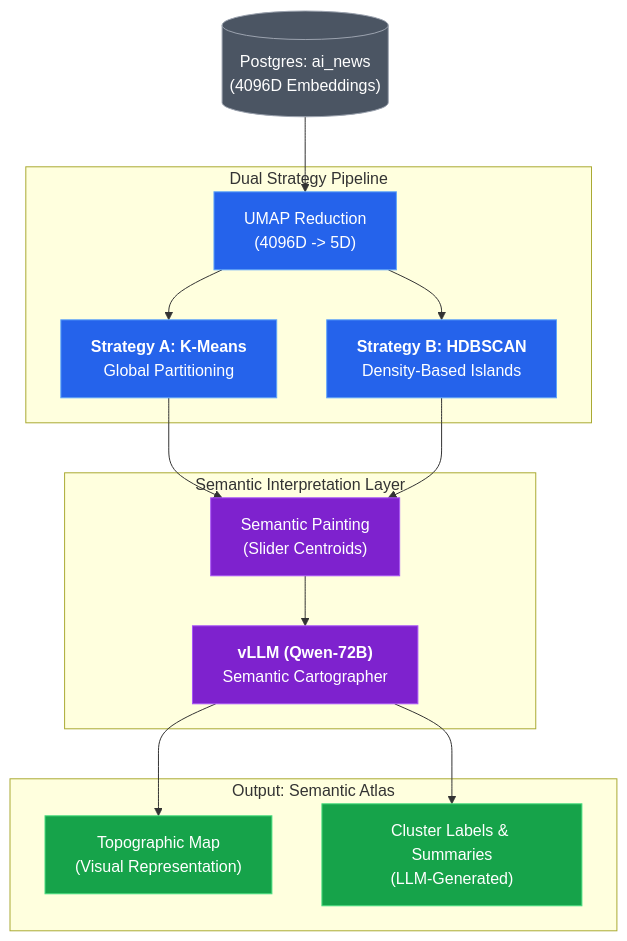
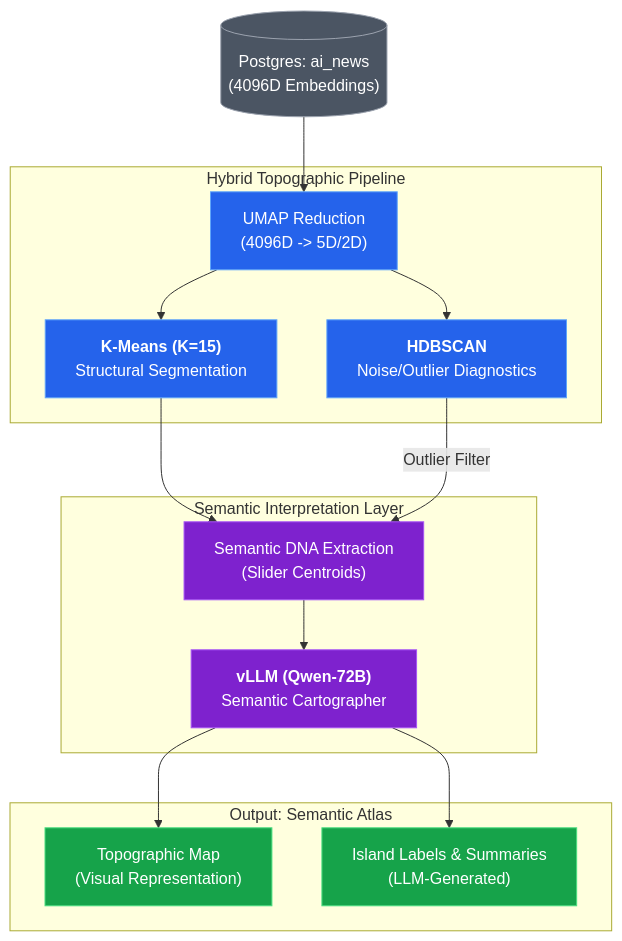
The second of 2 diagrams in dev/ADR/adr-003-topographic-clustering-strategy.md (HugoAlmeidaMoreira/ainews-clustering), drawn with Mermaid before and after one commit. The commit also changed other lines of this file and 124 other files, not shown here.

Commit message:
feat: Implement a new `hugo-sergio_report.tex` with updated sections and numerous clustering and topographic visualization images, replacing previous report files, and update the topographic clustering strategy ADR.

````diff
--- a/dev/ADR/adr-003-topographic-clustering-strategy.md
+++ b/dev/ADR/adr-003-topographic-clustering-strategy.md
@@ -95,38 +95,40 @@
 ```mermaid
 graph TD
     %% ---------------------------------------------------------
     %% COLOR PALETTE
     %% ---------------------------------------------------------
     classDef primary fill:#2563eb,stroke:#60a5fa,color:#fff
     classDef secondary fill:#4b5563,stroke:#9ca3af,color:#fff
     classDef math fill:#7e22ce,stroke:#a855f7,color:#fff
     classDef result fill:#16a34a,stroke:#4ade80,color:#fff
     classDef llm fill:#7e22ce,stroke:#a855f7,color:#fff
 
     DATA[("Postgres: ai_news<br/>(4096D Embeddings)")]:::secondary
 
-    subgraph "Dual Strategy Pipeline"
-        UMAP["UMAP Reduction<br/>(4096D -> 5D)"]:::primary
-        KMEANS["<b>Strategy A: K-Means</b><br/>Global Partitioning"]:::primary
-        HDBSCAN["<b>Strategy B: HDBSCAN</b><br/>Density-Based Islands"]:::primary
+    subgraph "Hybrid Topographic Pipeline"
+        UMAP["UMAP Reduction<br/>(4096D -> 5D/2D)"]:::primary
+        HDBSCAN["<b>HDBSCAN</b><br/>Noise/Outlier Diagnostics"]:::primary
+        KMEANS["<b>K-Means (K=15)</b><br/>Structural Segmentation"]:::primary
     end
 
     subgraph "Semantic Interpretation Layer"
-        PAINT["Semantic Painting<br/>(Slider Centroids)"]:::math
+        PAINT["Semantic DNA Extraction<br/>(Slider Centroids)"]:::math
         LLM["<b>vLLM (Qwen-72B)</b><br/>Semantic Cartographer"]:::llm
     end
 
     subgraph "Output: Semantic Atlas"
         ISL["Topographic Map<br/>(Visual Representation)"]:::result
-        LAB["Cluster Labels & Summaries<br/>(LLM-Generated)"]:::result
+        LAB["Island Labels & Summaries<br/>(LLM-Generated)"]:::result
     end
 
     DATA --> UMAP
+    UMAP --> HDBSCAN
     UMAP --> KMEANS
-    UMAP --> HDBSCAN
+    
     KMEANS --> PAINT
-    HDBSCAN --> PAINT
+    HDBSCAN -- "Outlier Filter" --> PAINT
+    
     PAINT --> LLM
     LLM --> ISL
     LLM --> LAB
 ```
````
